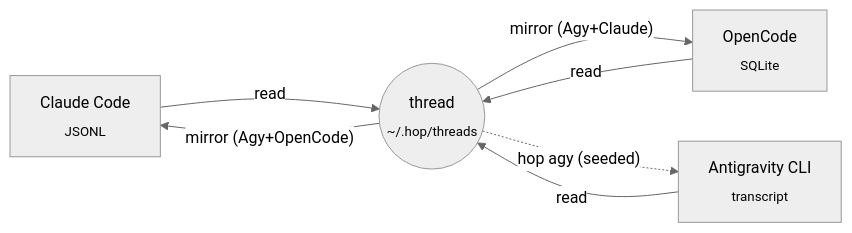
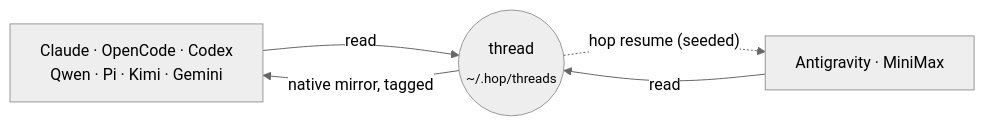
Before and after one commit to GodrezJr2/samethread: the diagram in README.md, drawn with Mermaid (neutral theme). The commit also changed other lines of this file and 22 other files, not shown here.

````diff
--- a/README.md
+++ b/README.md
@@ -77,9 +84,7 @@
 ```mermaid
 flowchart LR
-    CC["Claude Code<br/><sub>JSONL</sub>"] -- read --> T(("thread<br/><sub>~/.hop/threads</sub>"))
-    OC["OpenCode<br/><sub>SQLite</sub>"] -- read --> T
-    AG["Antigravity CLI<br/><sub>transcript</sub>"] -- read --> T
-    T -- "mirror (Agy+OpenCode)" --> CC
-    T -- "mirror (Agy+Claude)" --> OC
-    T -. "hop agy (seeded)" .-> AG
+    A["Claude · OpenCode · Codex<br/>Qwen · Pi · Kimi · Gemini"] -- read --> T(("thread<br/><sub>~/.hop/threads</sub>"))
+    R["Antigravity · MiniMax"] -- read --> T
+    T -- "native mirror, tagged" --> A
+    T -. "hop resume (seeded)" .-> R
 ```
````
